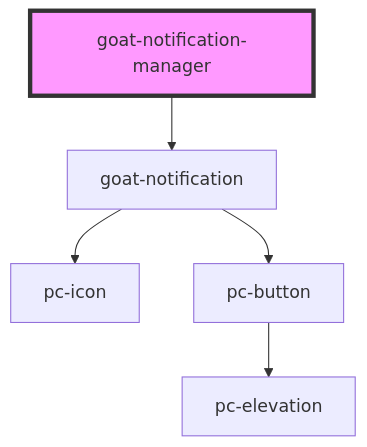
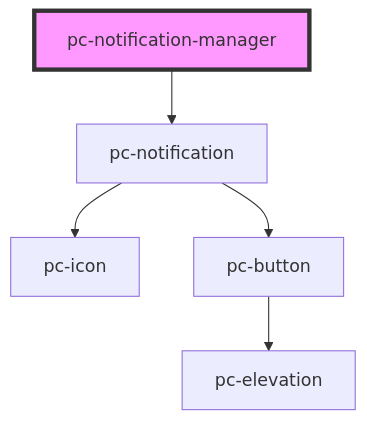
The diagram in src/components/notification-manager/readme.md (redvars/peacock), drawn with Mermaid before and after one commit. The commit also changed other lines of this file and 299 other files, not shown here.

````diff
--- a/src/components/notification-manager/readme.md
+++ b/src/components/notification-manager/readme.md
@@ -23,8 +23,8 @@
 ```mermaid
 graph TD;
-  goat-notification-manager --> goat-notification
-  goat-notification --> pc-icon
-  goat-notification --> pc-button
+  pc-notification-manager --> pc-notification
+  pc-notification --> pc-icon
+  pc-notification --> pc-button
   pc-button --> pc-elevation
-  style goat-notification-manager fill:#f9f,stroke:#333,stroke-width:4px
+  style pc-notification-manager fill:#f9f,stroke:#333,stroke-width:4px
 ```
````
